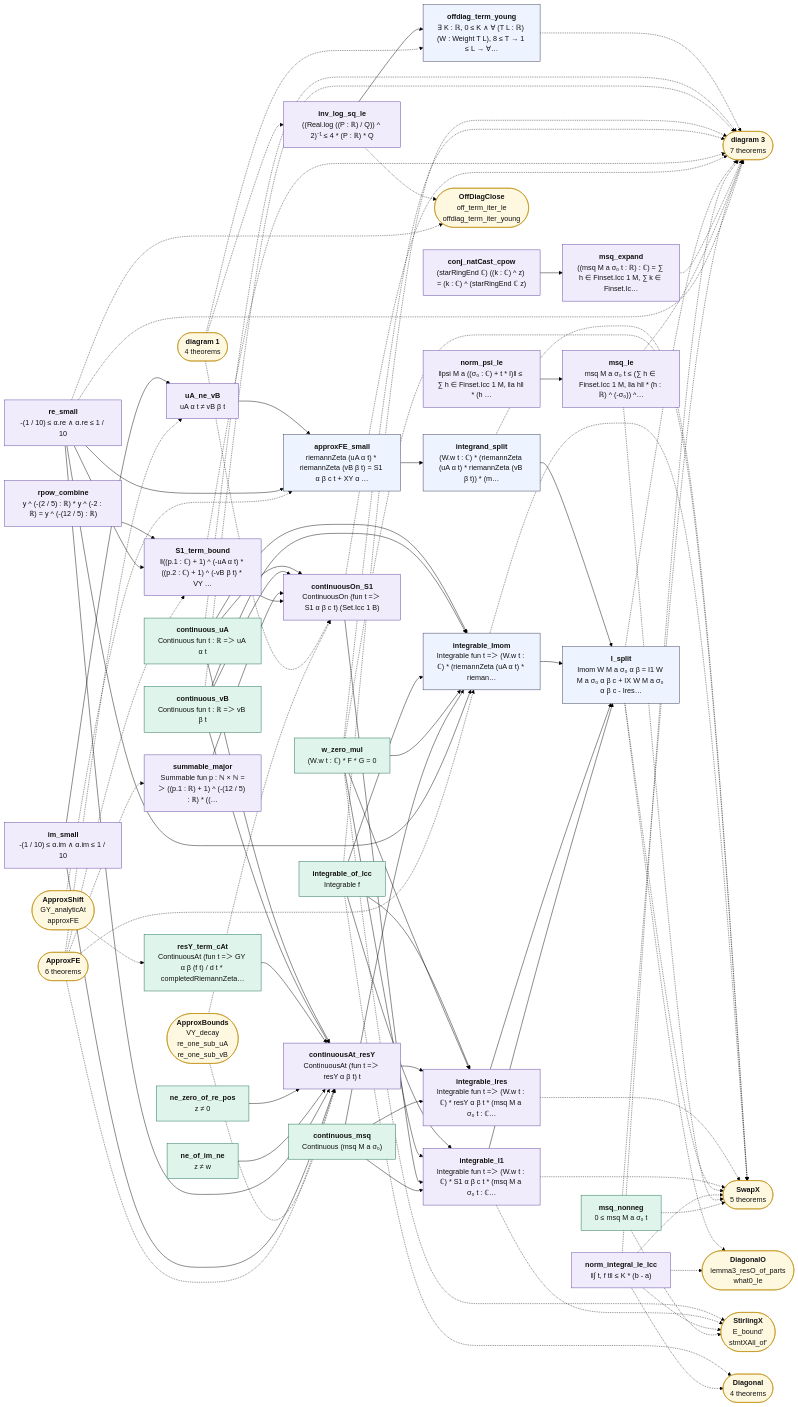
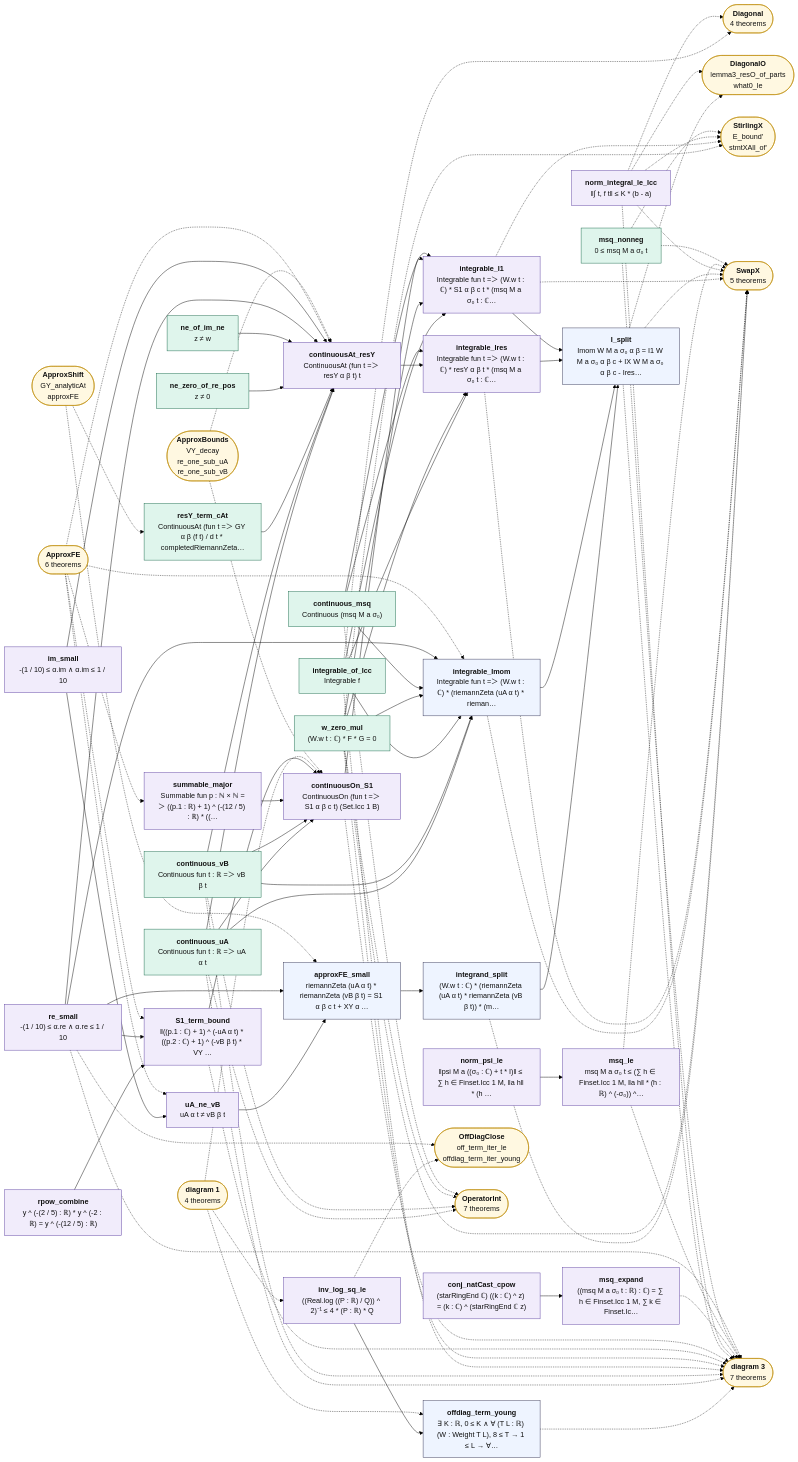
One commit to juliansambranojr/Primebeat_081426 changed the diagram in map/lean_stage3/TwistedMoment.2.mmd. Above: the diagram before and after it, drawn with Mermaid (forest theme). The commit also changed 31 other files, not shown here.

```diff
--- a/map/lean_stage3/TwistedMoment.2.mmd
+++ b/map/lean_stage3/TwistedMoment.2.mmd
@@ -1,131 +1,136 @@
 flowchart LR
   n0["<b>inv_log_sq_le</b><br/>((Real.log ((P : ℝ) / Q)) ^ 2)⁻¹ ≤ 4 * (P : ℝ) * Q"]:::shp
   n1["<b>offdiag_term_young</b><br/>∃ K : ℝ, 0 ≤ K ∧ ∀ (T L : ℝ) (W : Weight T L), 8 ≤ T → 1 ≤ L → ∀…"]:::thm
   n2["<b>conj_natCast_cpow</b><br/>(starRingEnd ℂ) ((k : ℂ) ^ z) = (k : ℂ) ^ (starRingEnd ℂ z)"]:::shp
   n3["<b>msq_expand</b><br/>((msq M a σ₀ t : ℝ) : ℂ) = ∑ h ∈ Finset.Icc 1 M, ∑ k ∈ Finset.Ic…"]:::shp
   n4["<b>norm_psi_le</b><br/>‖psi M a ((σ₀ : ℂ) + t * I)‖ ≤ ∑ h ∈ Finset.Icc 1 M, ‖a h‖ * (h …"]:::shp
   n5["<b>msq_le</b><br/>msq M a σ₀ t ≤ (∑ h ∈ Finset.Icc 1 M, ‖a h‖ * (h : ℝ) ^ (-σ₀)) ^…"]:::shp
   n6["<b>msq_nonneg</b><br/>0 ≤ msq M a σ₀ t"]:::cnt
   n7["<b>continuous_msq</b><br/>Continuous (msq M a σ₀)"]:::cnt
   n8["<b>re_small</b><br/>-(1 / 10) ≤ α.re ∧ α.re ≤ 1 / 10"]:::shp
   n9["<b>im_small</b><br/>-(1 / 10) ≤ α.im ∧ α.im ≤ 1 / 10"]:::shp
   n10["<b>uA_ne_vB</b><br/>uA α t ≠ vB β t"]:::shp
   n11["<b>approxFE_small</b><br/>riemannZeta (uA α t) * riemannZeta (vB β t) = S1 α β c t + XY α …"]:::thm
   n12["<b>integrand_split</b><br/>(W.w t : ℂ) * (riemannZeta (uA α t) * riemannZeta (vB β t)) * (m…"]:::thm
   n13["<b>continuous_uA</b><br/>Continuous fun t : ℝ =＞ uA α t"]:::cnt
   n14["<b>continuous_vB</b><br/>Continuous fun t : ℝ =＞ vB β t"]:::cnt
   n15["<b>integrable_of_Icc</b><br/>Integrable f"]:::cnt
   n16["<b>w_zero_mul</b><br/>(W.w t : ℂ) * F * G = 0"]:::cnt
   n17["<b>integrable_Imom</b><br/>Integrable fun t =＞ (W.w t : ℂ) * (riemannZeta (uA α t) * rieman…"]:::thm
   n18["<b>resY_term_cAt</b><br/>ContinuousAt (fun t =＞ GY α β (f t) / d t * completedRiemannZeta…"]:::cnt
   n19["<b>ne_zero_of_re_pos</b><br/>z ≠ 0"]:::cnt
   n20["<b>ne_of_im_ne</b><br/>z ≠ w"]:::cnt
   n21["<b>continuousAt_resY</b><br/>ContinuousAt (fun t =＞ resY α β t) t"]:::shp
   n22["<b>integrable_Ires</b><br/>Integrable fun t =＞ (W.w t : ℂ) * resY α β t * (msq M a σ₀ t : ℂ…"]:::shp
   n23["<b>summable_major</b><br/>Summable fun p : ℕ × ℕ =＞ ((p.1 : ℝ) + 1) ^ (-(12 / 5) : ℝ) * ((…"]:::shp
   n24["<b>rpow_combine</b><br/>y ^ (-(2 / 5) : ℝ) * y ^ (-2 : ℝ) = y ^ (-(12 / 5) : ℝ)"]:::shp
   n25["<b>S1_term_bound</b><br/>‖((p.1 : ℂ) + 1) ^ (-uA α t) * ((p.2 : ℂ) + 1) ^ (-vB β t) * VY …"]:::shp
   n26["<b>continuousOn_S1</b><br/>ContinuousOn (fun t =＞ S1 α β c t) (Set.Icc 1 B)"]:::shp
   n27["<b>integrable_I1</b><br/>Integrable fun t =＞ (W.w t : ℂ) * S1 α β c t * (msq M a σ₀ t : ℂ…"]:::shp
   n28["<b>I_split</b><br/>Imom W M a σ₀ α β = I1 W M a σ₀ α β c + IX W M a σ₀ α β c - Ires…"]:::thm
   n29["<b>norm_integral_le_Icc</b><br/>‖∫ t, f t‖ ≤ K * (b - a)"]:::shp
   x0(["<b>diagram 1</b><br/>4 theorems"]):::ext
   x1(["<b>OffDiagClose</b><br/>off_term_iter_le<br/>offdiag_term_iter_young"]):::ext
   x2(["<b>diagram 3</b><br/>7 theorems"]):::ext
   x3(["<b>SwapX</b><br/>5 theorems"]):::ext
   x4(["<b>StirlingX</b><br/>E_bound'<br/>stmtXAll_of'"]):::ext
-  x5(["<b>ApproxFE</b><br/>6 theorems"]):::ext
-  x6(["<b>ApproxShift</b><br/>GY_analyticAt<br/>approxFE"]):::ext
-  x7(["<b>Diagonal</b><br/>4 theorems"]):::ext
-  x8(["<b>ApproxBounds</b><br/>VY_decay<br/>re_one_sub_uA<br/>re_one_sub_vB"]):::ext
-  x9(["<b>DiagonalO</b><br/>lemma3_resO_of_parts<br/>what0_le"]):::ext
+  x5(["<b>OperatorInt</b><br/>7 theorems"]):::ext
+  x6(["<b>ApproxFE</b><br/>6 theorems"]):::ext
+  x7(["<b>ApproxShift</b><br/>GY_analyticAt<br/>approxFE"]):::ext
+  x8(["<b>Diagonal</b><br/>4 theorems"]):::ext
+  x9(["<b>ApproxBounds</b><br/>VY_decay<br/>re_one_sub_uA<br/>re_one_sub_vB"]):::ext
+  x10(["<b>DiagonalO</b><br/>lemma3_resO_of_parts<br/>what0_le"]):::ext
   n0 --> n1
   n10 --> n11
   n11 --> n12
   n12 --> n28
   n13 --> n17
   n13 --> n21
   n13 --> n26
   n14 --> n17
   n14 --> n21
   n14 --> n26
   n15 --> n17
   n15 --> n22
   n15 --> n27
   n16 --> n17
   n16 --> n22
   n16 --> n27
   n17 --> n28
   n18 --> n21
   n19 --> n21
   n2 --> n3
   n20 --> n21
   n21 --> n22
   n22 --> n28
   n23 --> n26
   n24 --> n25
   n25 --> n26
   n26 --> n27
   n27 --> n28
   n4 --> n5
   n7 --> n17
   n7 --> n22
   n7 --> n27
   n8 --> n11
   n8 --> n17
   n8 --> n21
   n8 --> n25
   n9 --> n10
   n9 --> n21
   n0 -.-> x1
   n1 -.-> x2
   n12 -.-> x3
   n13 -.-> x2
+  n13 -.-> x5
   n14 -.-> x2
+  n14 -.-> x5
   n15 -.-> x2
-  n15 -.-> x7
+  n15 -.-> x8
   n16 -.-> x2
   n16 -.-> x3
   n16 -.-> x4
+  n16 -.-> x5
   n17 -.-> x3
   n22 -.-> x3
   n25 -.-> x2
   n26 -.-> x2
   n27 -.-> x3
   n27 -.-> x4
+  n28 -.-> x10
   n28 -.-> x2
   n28 -.-> x3
-  n28 -.-> x9
+  n29 -.-> x10
   n29 -.-> x2
   n29 -.-> x3
   n29 -.-> x4
-  n29 -.-> x7
-  n29 -.-> x9
+  n29 -.-> x8
   n3 -.-> x2
   n5 -.-> x2
   n5 -.-> x3
   n6 -.-> x2
   n6 -.-> x3
   n6 -.-> x4
+  n7 -.-> x5
   n8 -.-> x1
   n8 -.-> x2
   x0 -.-> n0
   x0 -.-> n1
   x0 -.-> n26
-  x5 -.-> n10
-  x5 -.-> n17
-  x5 -.-> n21
-  x5 -.-> n23
-  x5 -.-> n25
-  x6 -.-> n11
-  x6 -.-> n18
-  x8 -.-> n21
-  x8 -.-> n26
+  x6 -.-> n10
+  x6 -.-> n17
+  x6 -.-> n21
+  x6 -.-> n23
+  x6 -.-> n25
+  x7 -.-> n11
+  x7 -.-> n18
+  x9 -.-> n21
+  x9 -.-> n26
   classDef cnt fill:#dff5ec,stroke:#17694a,color:#111
   classDef shp fill:#f1ecfb,stroke:#5b3fa0,color:#111
   classDef rh fill:#ffe5e5,stroke:#c22,color:#111,stroke-width:2px
   classDef thm fill:#eef4ff,stroke:#335,color:#111
   classDef end_ fill:#e7f7e7,stroke:#2a7,color:#111,stroke-width:2px
   classDef lone fill:#fff,stroke:#999,color:#111,stroke-dasharray:4 3
   classDef bad fill:#ffe5e5,stroke:#c22,color:#111,stroke-width:2px
   classDef ext fill:#fff8e1,stroke:#b80,color:#111
```
